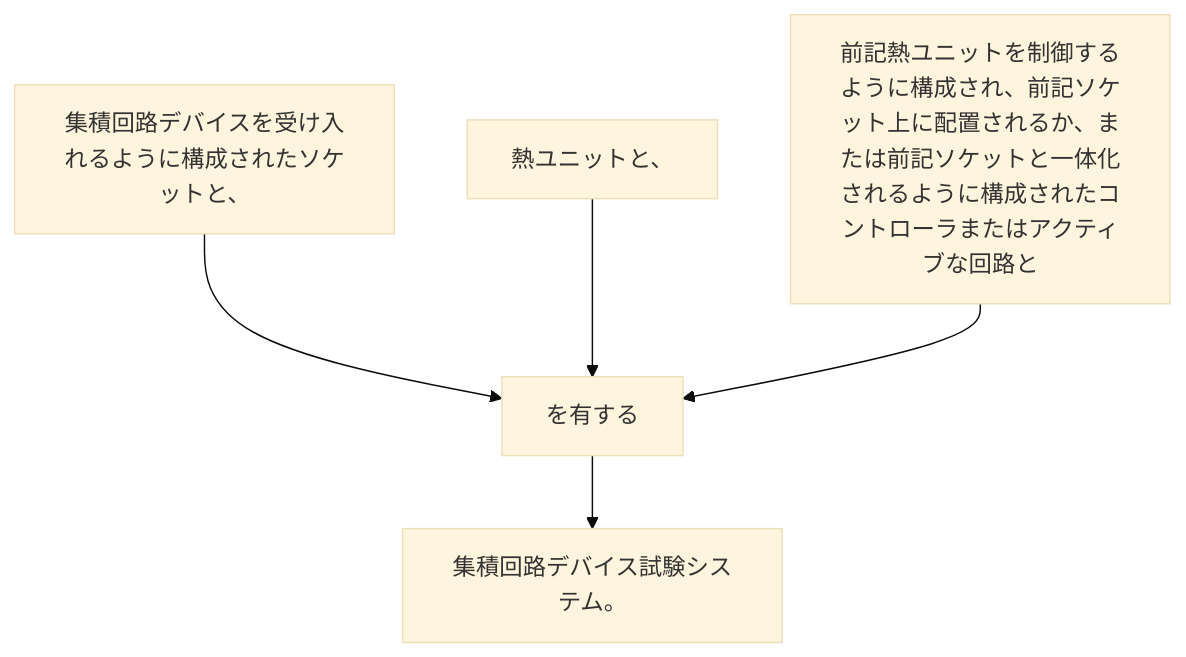
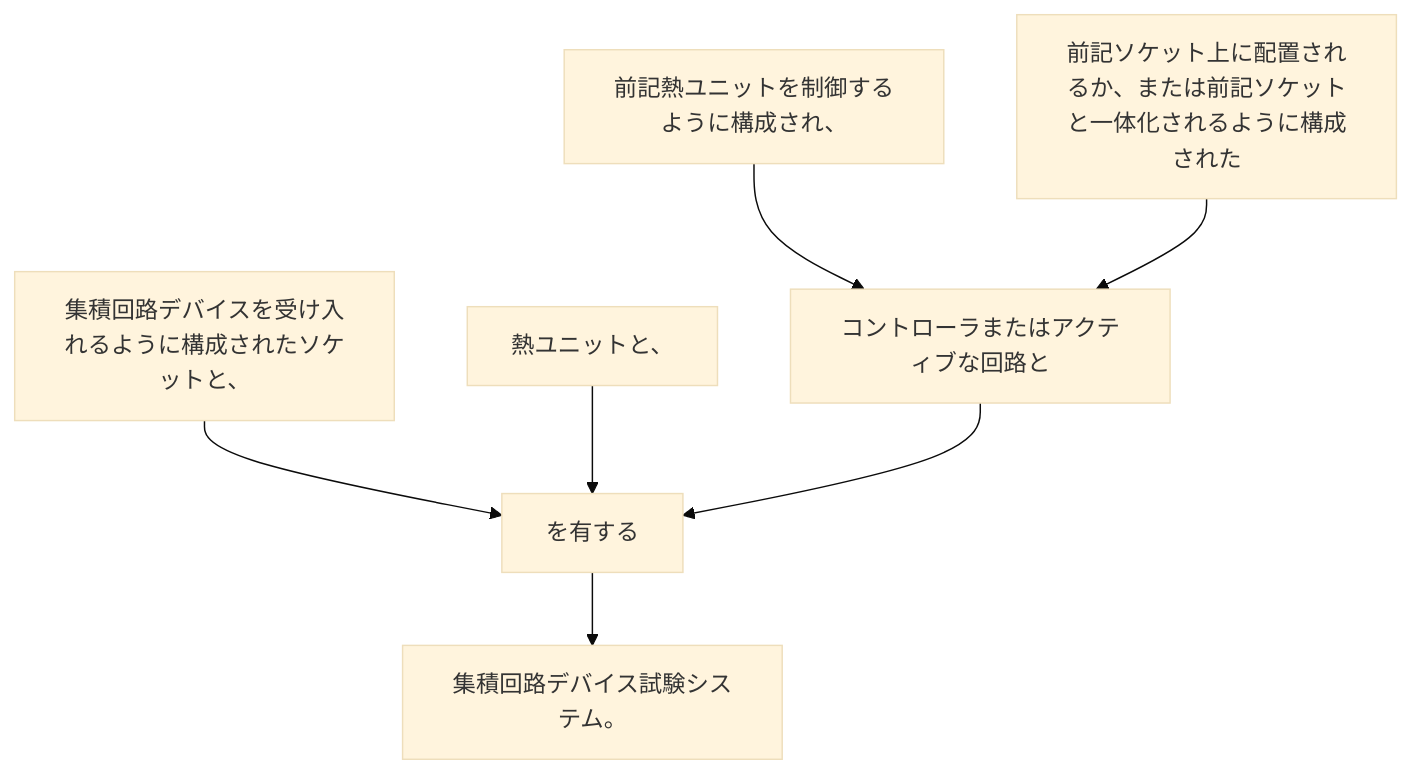
Before and after one commit to shinmori55/patent_analyzed: the diagram in 2024/JP2024023283A/claim_38/README.md, drawn with Mermaid (base theme). The commit also changed 336 other files, not shown here.

````diff
--- a/2024/JP2024023283A/claim_38/README.md
+++ b/2024/JP2024023283A/claim_38/README.md
@@ -4,12 +4,16 @@
 ```mermaid
 flowchart TD
 A[集積回路デバイスを受け入れるように構成されたソケットと、]
 B[熱ユニットと、]
-C[前記熱ユニットを制御するように構成され、前記ソケット上に配置されるか、または前記ソケットと一体化されるように構成されたコントローラまたはアクティブな回路と]
-D[を有する]
-E[集積回路デバイス試験システム。]
-A --> D
-B --> D
-C --> D
+C[前記熱ユニットを制御するように構成され、]
+D[前記ソケット上に配置されるか、または前記ソケットと一体化されるように構成された]
+E[コントローラまたはアクティブな回路と]
+F[を有する]
+G[集積回路デバイス試験システム。]
+A --> F
+B --> F
+C --> E
 D --> E
+E --> F
+F --> G
 ```
````
